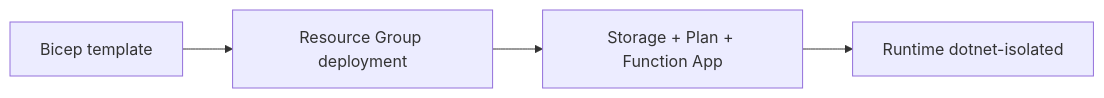
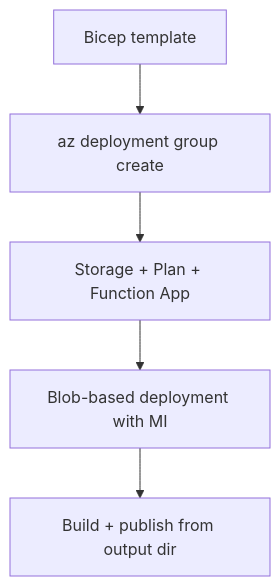
Before and after one commit to yeongseon/azure-functions-practical-guide: the diagram in docs/language-guides/dotnet/tutorial/flex-consumption/05-infrastructure-as-code.md, drawn with Mermaid. The commit also changed other lines of this file and 7 other files, not shown here.

````diff
--- a/docs/language-guides/dotnet/tutorial/flex-consumption/05-infrastructure-as-code.md
+++ b/docs/language-guides/dotnet/tutorial/flex-consumption/05-infrastructure-as-code.md
@@ -146,6 +34,7 @@
 ```mermaid
-flowchart LR
-    A[Bicep template] --> B[Resource Group deployment]
+flowchart TD
+    A[Bicep template] --> B[az deployment group create]
     B --> C[Storage + Plan + Function App]
-    C --> D[Runtime dotnet-isolated]
+    C --> D["Blob-based deployment with MI"]
+    D --> E["Build + publish from output dir"]
 ```
````
